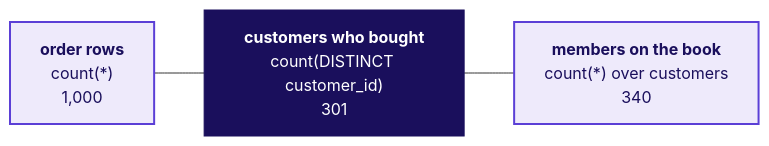
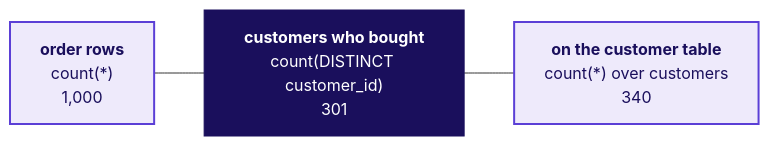
One commit to fde-academy-lab/c2-content-factory changed the fifth of 12 diagrams in content/W02/D1/whiteboards/C2_W02_D01_board_work_STUDENT.md. Above: the diagram before and after it, drawn with Mermaid. The commit also changed other lines of this file and 9 other files, not shown here.

````diff
--- a/content/W02/D1/whiteboards/C2_W02_D01_board_work_STUDENT.md
+++ b/content/W02/D1/whiteboards/C2_W02_D01_board_work_STUDENT.md
@@ -123,8 +125,8 @@
 ```mermaid
 flowchart LR
-    R["<b>order rows</b><br/>count(*)<br/>1,000"] --- B["<b>customers who bought</b><br/>count(DISTINCT customer_id)<br/>301"] --- K["<b>members on the book</b><br/>count(*) over customers<br/>340"]
+    R["<b>order rows</b><br/>count(*)<br/>1,000"] --- B["<b>customers who bought</b><br/>count(DISTINCT customer_id)<br/>301"] --- K["<b>on the customer table</b><br/>count(*) over customers<br/>340"]
     classDef known fill:#EEEAFB,stroke:#5B3FD6,color:#1A0F5C,stroke-width:2px
     classDef bet fill:#1A0F5C,stroke:#1A0F5C,color:#FFFFFF
     class R,K known
     class B bet
 ```
````
